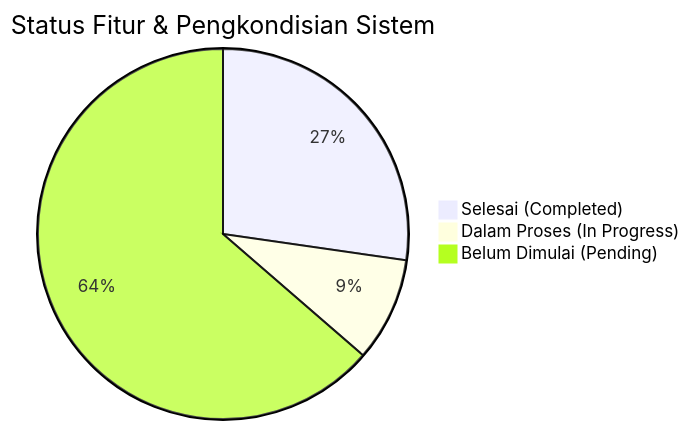
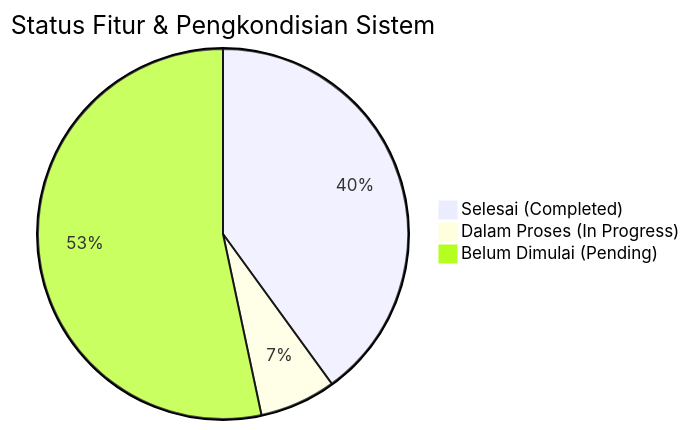
One commit to 4lliiifffff/pengembangan-presensi-pkbmpikat changed the diagram in docs/progress_pengembangan_sistem_presensi.md. Above: the diagram before and after it, drawn with Mermaid. The commit also changed other lines of this file and 2 other files, not shown here.

````diff
--- a/docs/progress_pengembangan_sistem_presensi.md
+++ b/docs/progress_pengembangan_sistem_presensi.md
@@ -12,6 +12,6 @@
 ```mermaid
 pie title Status Fitur & Pengkondisian Sistem
-    "Selesai (Completed)" : 6
+    "Selesai (Completed)" : 12
     "Dalam Proses (In Progress)" : 2
-    "Belum Dimulai (Pending)" : 14
+    "Belum Dimulai (Pending)" : 16
 ```
````
